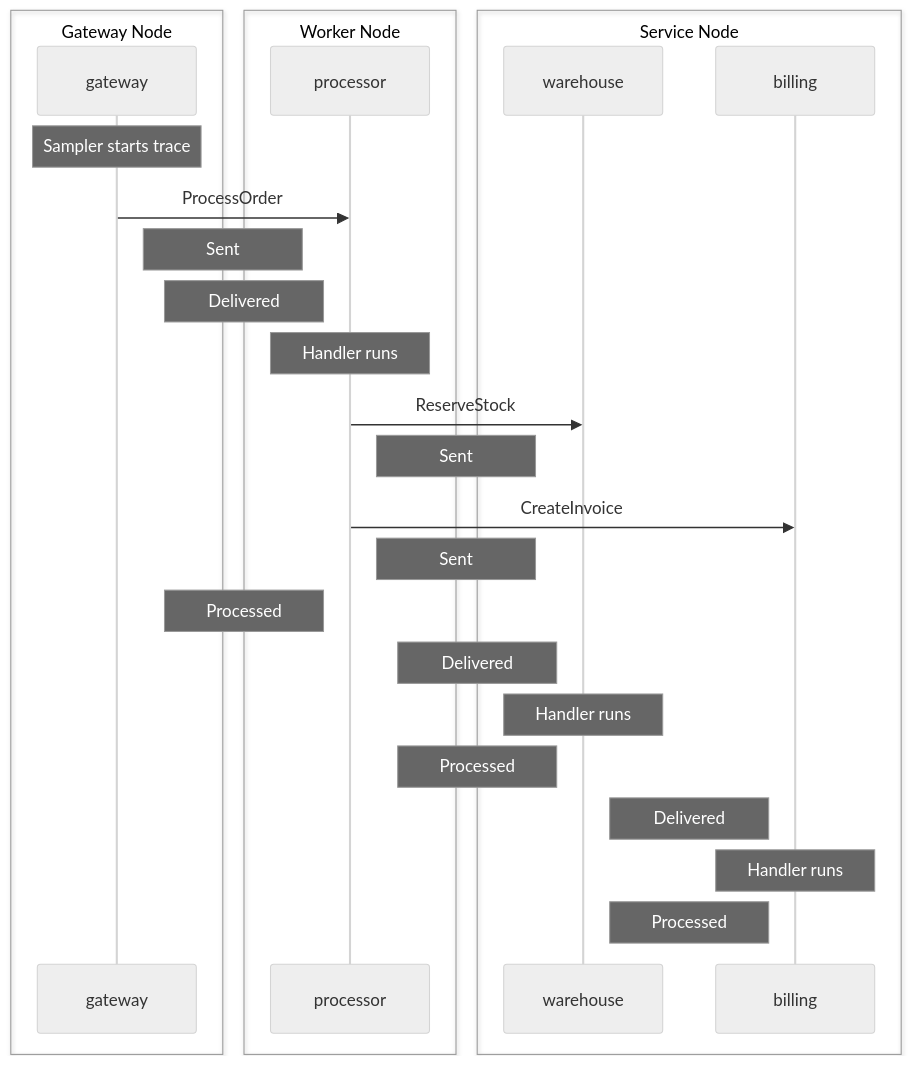
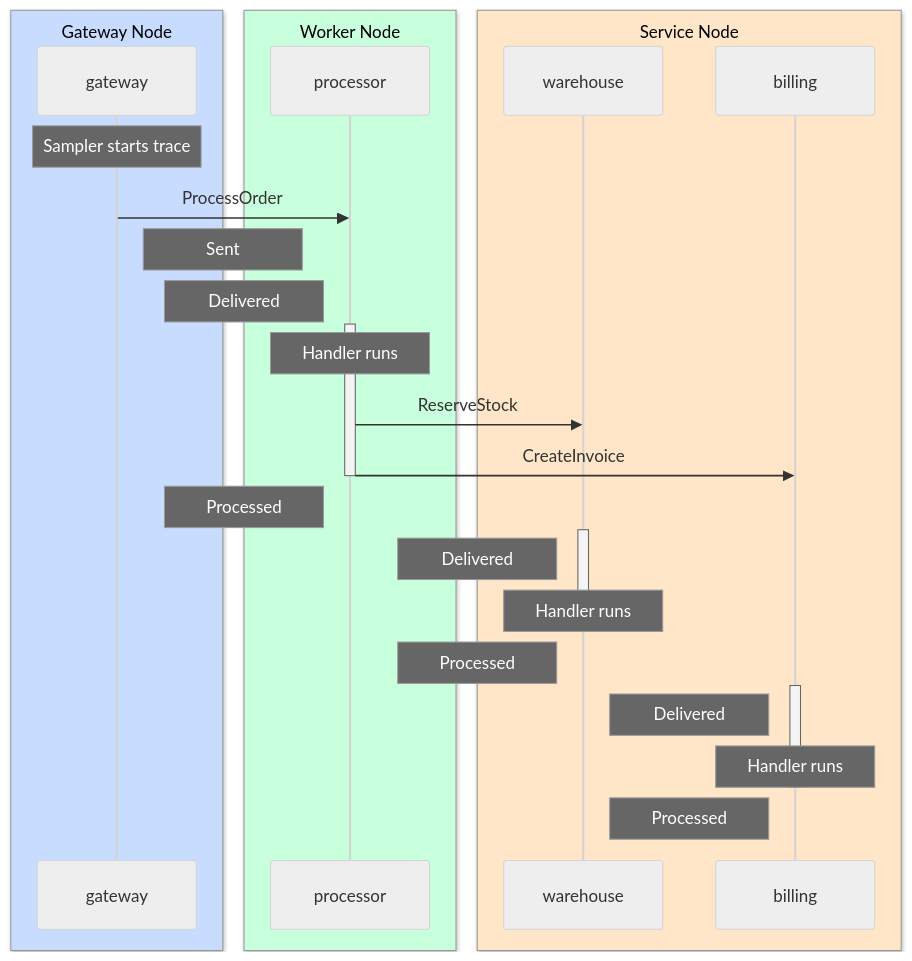
One commit to ergo-services/ergo changed the fourth of 9 diagrams in docs/advanced/distributed-tracing.md. Above: the diagram before and after it, drawn with Mermaid (neutral theme). The commit also changed other lines of this file, not shown here.

````diff
--- a/docs/advanced/distributed-tracing.md
+++ b/docs/advanced/distributed-tracing.md
@@ -255,35 +265,38 @@
 ```mermaid
 sequenceDiagram
-    box Gateway Node
+    box rgb(200,220,255) Gateway Node
     participant GW as gateway
     end
-    box Worker Node
+    box rgb(200,255,220) Worker Node
     participant P as processor
     end
-    box Service Node
+    box rgb(255,230,200) Service Node
     participant W as warehouse
     participant B as billing
     end
 
     Note over GW: Sampler starts trace
 
     GW->>P: ProcessOrder
     Note right of GW: Sent
     Note left of P: Delivered
 
+    activate P
     Note over P: Handler runs
-
     P->>W: ReserveStock
-    Note right of P: Sent
     P->>B: CreateInvoice
-    Note right of P: Sent
+    deactivate P
     Note left of P: Processed
 
+    activate W
     Note left of W: Delivered
     Note over W: Handler runs
+    deactivate W
     Note left of W: Processed
 
+    activate B
     Note left of B: Delivered
     Note over B: Handler runs
+    deactivate B
     Note left of B: Processed
 ```
````
